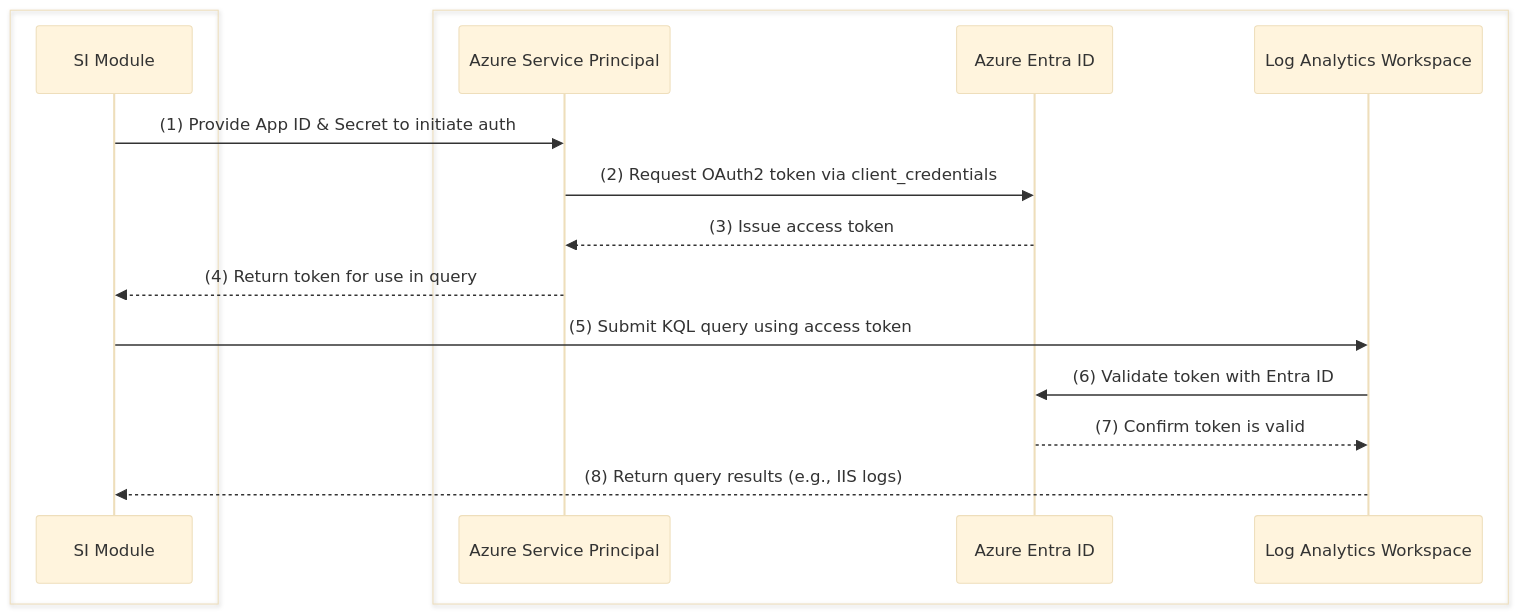
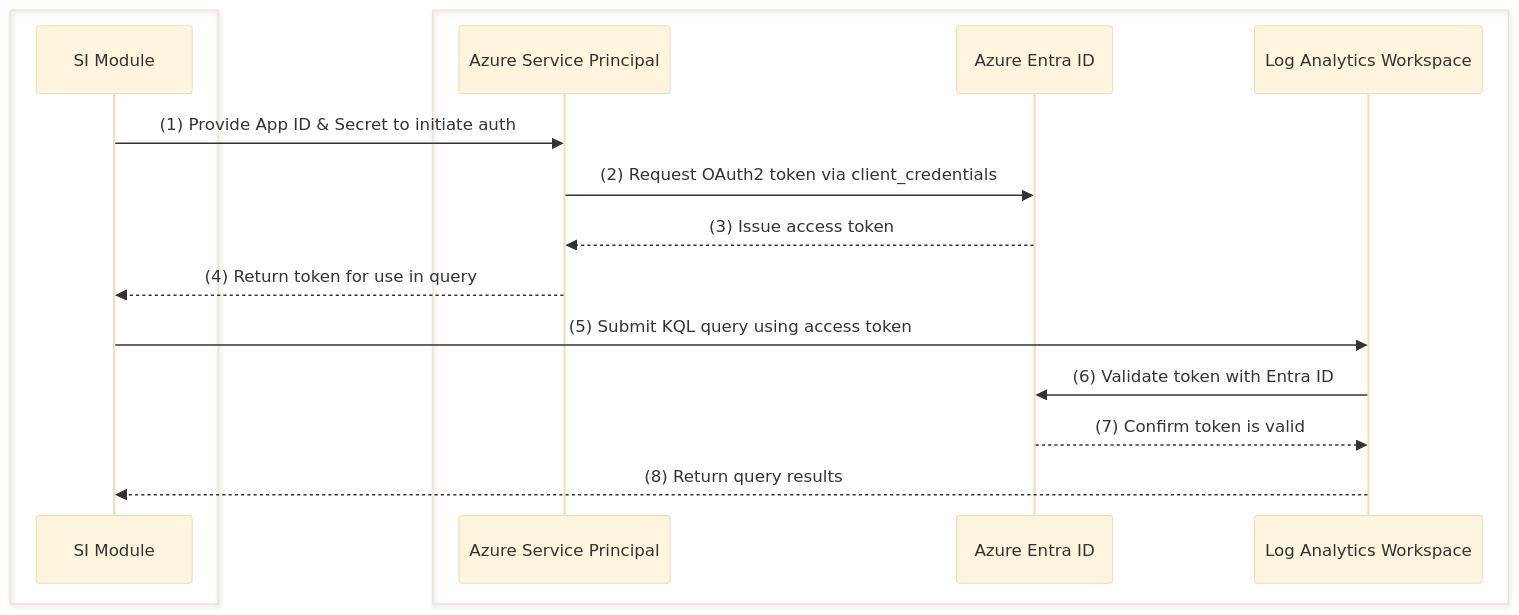
One commit to oigbokwe73/Azure-Policy-On-Resource-Group changed the first of 3 diagrams in README.md. Above: the diagram before and after it, drawn with Mermaid (base theme).

````diff
--- a/README.md
+++ b/README.md
@@ -8,26 +8,26 @@
 ```mermaid
 sequenceDiagram
     %% === Consumer Layer ===
     box #fffde7:Consumer Layer (SI Module)
         participant SI as SI Module
     end
 
     %% === Azure Services Layer (Identity & Monitoring)
     box #e3f2fd:Azure Identity & Monitoring Services
         participant SPN as Azure Service Principal
         participant Entra as Azure Entra ID
         participant LAW as Log Analytics Workspace
     end
 
     %% Step 1: Authentication Process
     SI->>SPN: (1) Provide App ID & Secret to initiate auth
     SPN->>Entra: (2) Request OAuth2 token via client_credentials
     Entra-->>SPN: (3) Issue access token
     SPN-->>SI: (4) Return token for use in query
 
     %% Step 2: Query Execution
     SI->>LAW: (5) Submit KQL query using access token
     LAW->>Entra: (6) Validate token with Entra ID
     Entra-->>LAW: (7) Confirm token is valid
-    LAW-->>SI: (8) Return query results (e.g., IIS logs)
+    LAW-->>SI: (8) Return query results 
 ```
````
